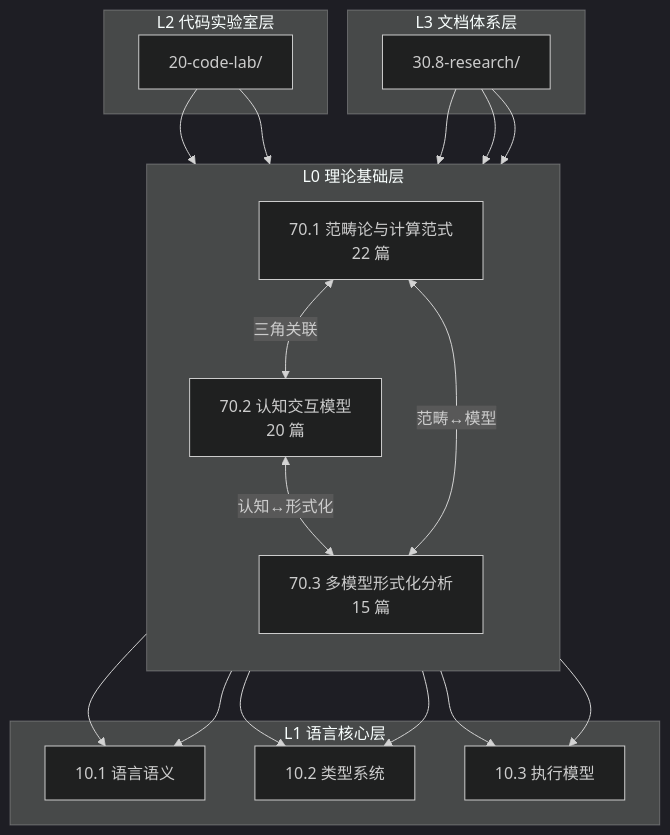
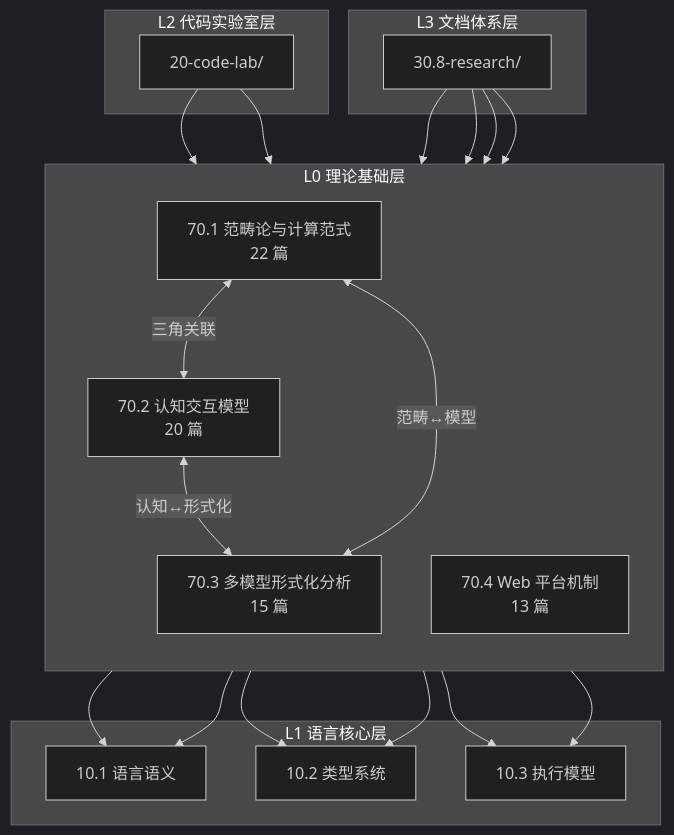
One commit to AdaMartin18010/JavaScriptTypeScript changed the first of 9 diagrams in 70-theoretical-foundations/KNOWLEDGE_GRAPH.md. Above: the diagram before and after it, drawn with Mermaid (dark theme). The commit also changed other lines of this file and 18 other files, not shown here.

````diff
--- a/70-theoretical-foundations/KNOWLEDGE_GRAPH.md
+++ b/70-theoretical-foundations/KNOWLEDGE_GRAPH.md
@@ -10,39 +10,41 @@
 ```mermaid
 graph TB
     subgraph L0["L0 理论基础层"]
         direction TB
         701["70.1 范畴论与计算范式<br/>22 篇"]
         702["70.2 认知交互模型<br/>20 篇"]
         703["70.3 多模型形式化分析<br/>15 篇"]
+        704["70.4 Web 平台机制<br/>13 篇"]
     end
 
     subgraph L1["L1 语言核心层"]
         101["10.1 语言语义"]
         102["10.2 类型系统"]
         103["10.3 执行模型"]
     end
 
     subgraph L2["L2 代码实验室层"]
         201["20-code-lab/"]
     end
 
     subgraph L3["L3 文档体系层"]
         308["30.8-research/"]
     end
 
     701 --> 101
     701 --> 102
     702 --> 103
     703 --> 101
     703 --> 102
     703 --> 103
     201 --> 701
     201 --> 702
     308 --> 701
     308 --> 702
     308 --> 703
+    308 --> 704
 
     701 <-->|"三角关联"| 702
     702 <-->|"认知↔形式化"| 703
     703 <-->|"范畴↔模型"| 701
 ```
````
